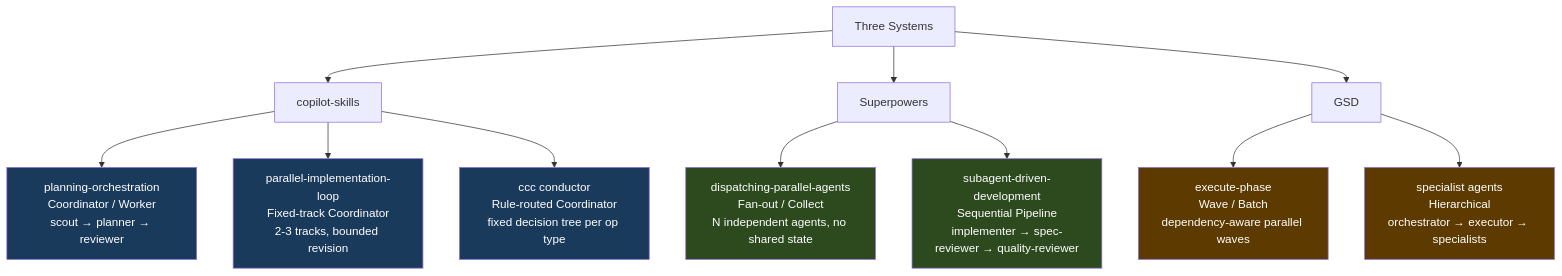
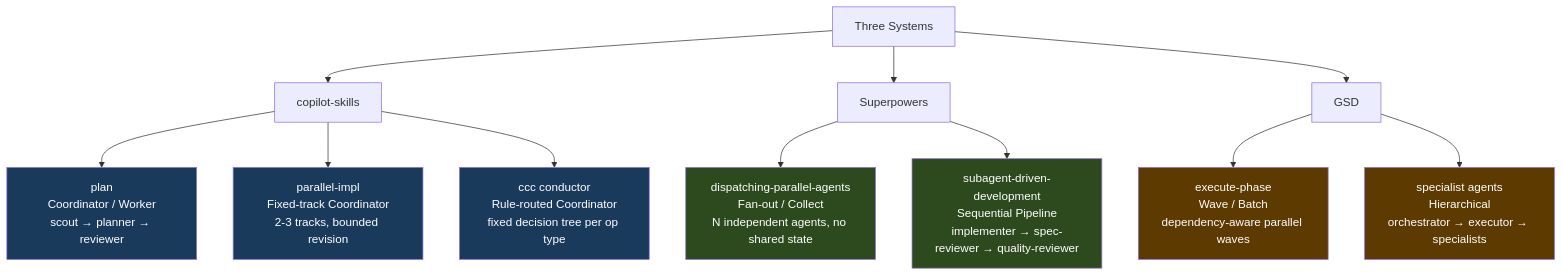
One commit to mikecubed/agent-orchestration changed the second of 9 diagrams in docs/swarm-orchestration.md. Above: the diagram before and after it, drawn with Mermaid. The commit also changed 4 other files, not shown here.

First line of the commit message:
fix: address second review pass — grammar, table separators, diagram labels

````diff
--- a/docs/swarm-orchestration.md
+++ b/docs/swarm-orchestration.md
@@ -61,26 +61,26 @@
 ```mermaid
 flowchart TD
     SYSTEMS["Three Systems"]
 
     SYSTEMS --> US["copilot-skills"]
     SYSTEMS --> SP["Superpowers"]
     SYSTEMS --> GSD["GSD"]
 
-    US --> US1["planning-orchestration\nCoordinator / Worker\nscout → planner → reviewer"]
-    US --> US2["parallel-implementation-loop\nFixed-track Coordinator\n2-3 tracks, bounded revision"]
+    US --> US1["plan\nCoordinator / Worker\nscout → planner → reviewer"]
+    US --> US2["parallel-impl\nFixed-track Coordinator\n2-3 tracks, bounded revision"]
     US --> US3["ccc conductor\nRule-routed Coordinator\nfixed decision tree per op type"]
 
     SP --> SP1["dispatching-parallel-agents\nFan-out / Collect\nN independent agents, no shared state"]
     SP --> SP2["subagent-driven-development\nSequential Pipeline\nimplementer → spec-reviewer → quality-reviewer"]
 
     GSD --> GSD1["execute-phase\nWave / Batch\ndependency-aware parallel waves"]
     GSD --> GSD2["specialist agents\nHierarchical\norchestrator → executor → specialists"]
 
     style US1 fill:#1a3a5c,color:#fff
     style US2 fill:#1a3a5c,color:#fff
     style US3 fill:#1a3a5c,color:#fff
     style SP1 fill:#2d4a1e,color:#fff
     style SP2 fill:#2d4a1e,color:#fff
     style GSD1 fill:#5c3a00,color:#fff
     style GSD2 fill:#5c3a00,color:#fff
 ```
````
